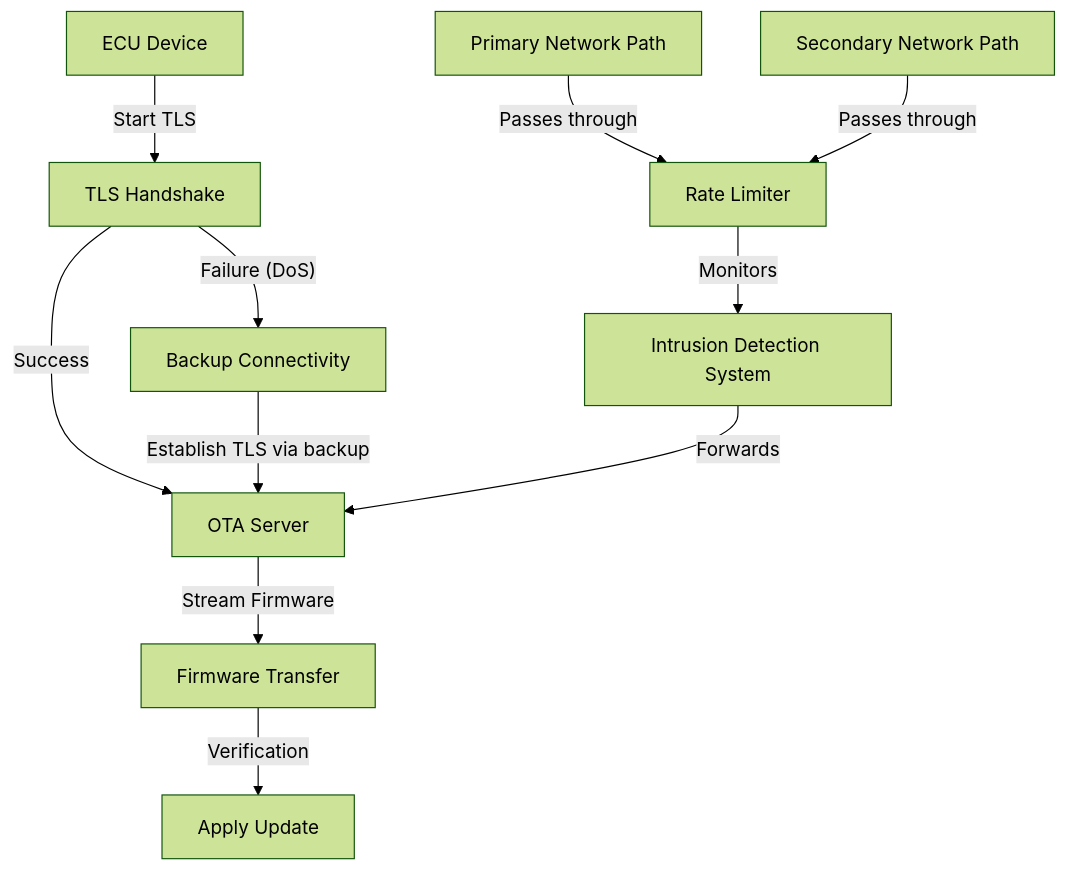
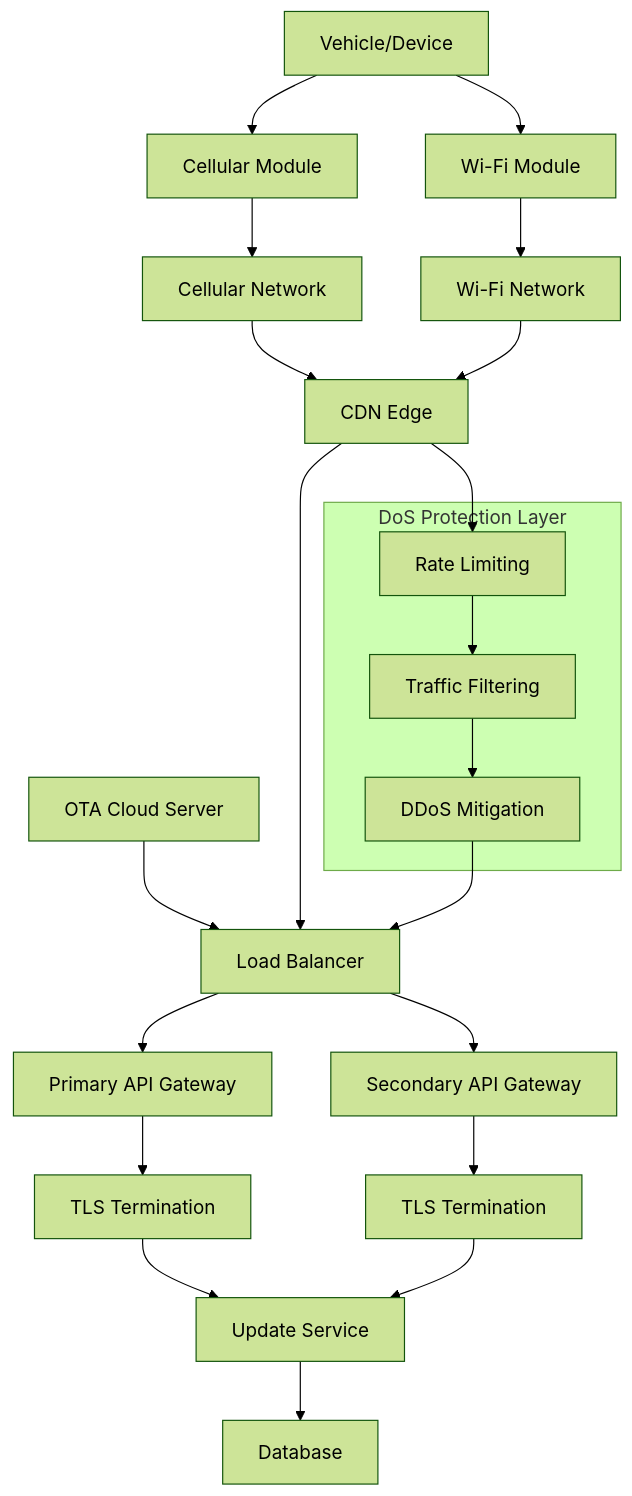
One commit to CagriCatik/Clarion changed the second of 2 diagrams in outputs/02_protection-dos_doc.md. Above: the diagram before and after it, drawn with Mermaid (forest theme). The commit also changed other lines of this file and 22 other files, not shown here.

````diff
--- a/outputs/02_protection-dos_doc.md
+++ b/outputs/02_protection-dos_doc.md
@@ -68,26 +63,30 @@
 ```mermaid
 graph TD
-    Device_Node["ECU Device"]
-    TLS_Handshake_Node["TLS Handshake"]
-    OTA_Server_Node["OTA Server"]
-    Firmware_Transfer_Node["Firmware Transfer"]
-    Apply_Update_Node["Apply Update"]
-    Backup_Conn_Node["Backup Connectivity"]
-    Rate_Limiter_Node["Rate Limiter"]
-    IDS_Node["Intrusion Detection System"]
-    Primary_Net_Node["Primary Network Path"]
-    Backup_Net_Node["Secondary Network Path"]
-
-    Device_Node -- "Start TLS" --> TLS_Handshake_Node
-    TLS_Handshake_Node -- "Success" --> OTA_Server_Node
-    TLS_Handshake_Node -- "Failure (DoS)" --> Backup_Conn_Node
-    Backup_Conn_Node -- "Establish TLS via backup" --> OTA_Server_Node
-    OTA_Server_Node -- "Stream Firmware" --> Firmware_Transfer_Node
-    Firmware_Transfer_Node -- "Verification" --> Apply_Update_Node
-
-    Primary_Net_Node -- "Passes through" --> Rate_Limiter_Node
-    Rate_Limiter_Node -- "Monitors" --> IDS_Node
-    IDS_Node -- "Forwards" --> OTA_Server_Node
-
-    Backup_Net_Node -- "Passes through" --> Rate_Limiter_Node
+    A["OTA Cloud Server"] --> B["Load Balancer"]
+    B --> C["Primary API Gateway"]
+    B --> D["Secondary API Gateway"]
+    C --> E["TLS Termination"]
+    D --> F["TLS Termination"]
+    E --> G["Update Service"]
+    F --> G
+    G --> H["Database"]
+    
+    I["Vehicle/Device"] --> J["Cellular Module"]
+    I --> K["Wi-Fi Module"]
+    J --> L["Cellular Network"]
+    K --> M["Wi-Fi Network"]
+    L --> N["CDN Edge"]
+    M --> N
+    N --> B
+    
+    subgraph "DoS Protection Layer"
+        O["Rate Limiting"]
+        P["Traffic Filtering"]
+        Q["DDoS Mitigation"]
+    end
+    
+    N --> O
+    O --> P
+    P --> Q
+    Q --> B
 ```
````
